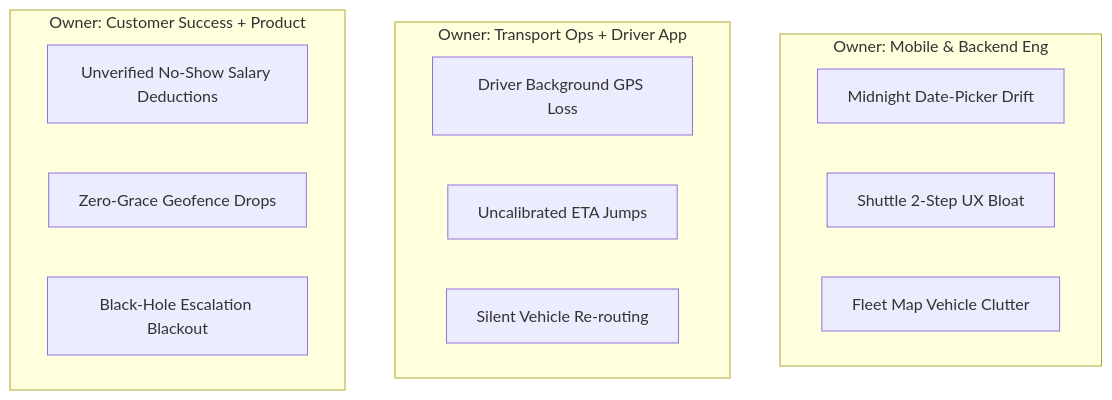
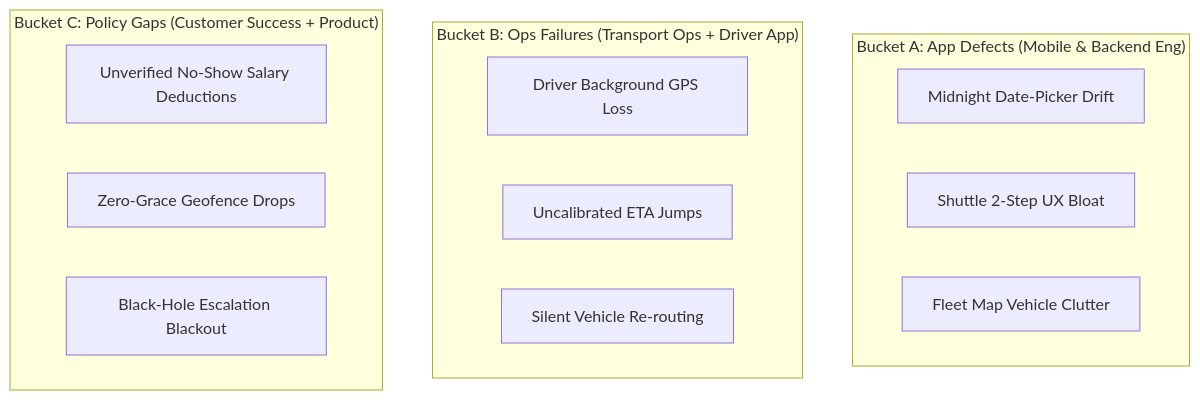
One commit to Ankurchoudhary75/moveinsync-fde-turnaround changed the diagram in README.md. Above: the diagram before and after it, drawn with Mermaid. The commit also changed 1 other file, not shown here.

Commit message:
fix(mermaid): quote all node labels and subgraph titles to ensure flawless GitHub rendering

````diff
--- a/README.md
+++ b/README.md
@@ -63,18 +63,18 @@
 ```mermaid
 graph TD
-    subgraph Bucket A: App Defects [Owner: Mobile & Backend Eng]
-        A1[Midnight Date-Picker Drift]
-        A2[Shuttle 2-Step UX Bloat]
-        A3[Fleet Map Vehicle Clutter]
+    subgraph BucketA ["Bucket A: App Defects (Mobile & Backend Eng)"]
+        A1["Midnight Date-Picker Drift"]
+        A2["Shuttle 2-Step UX Bloat"]
+        A3["Fleet Map Vehicle Clutter"]
     end
-    subgraph Bucket B: Ops Failures [Owner: Transport Ops + Driver App]
-        B1[Driver Background GPS Loss]
-        B2[Uncalibrated ETA Jumps]
-        B3[Silent Vehicle Re-routing]
+    subgraph BucketB ["Bucket B: Ops Failures (Transport Ops + Driver App)"]
+        B1["Driver Background GPS Loss"]
+        B2["Uncalibrated ETA Jumps"]
+        B3["Silent Vehicle Re-routing"]
     end
-    subgraph Bucket C: Policy Gaps [Owner: Customer Success + Product]
-        C1[Unverified No-Show Salary Deductions]
-        C2[Zero-Grace Geofence Drops]
-        C3[Black-Hole Escalation Blackout]
+    subgraph BucketC ["Bucket C: Policy Gaps (Customer Success + Product)"]
+        C1["Unverified No-Show Salary Deductions"]
+        C2["Zero-Grace Geofence Drops"]
+        C3["Black-Hole Escalation Blackout"]
     end
 ```
````
